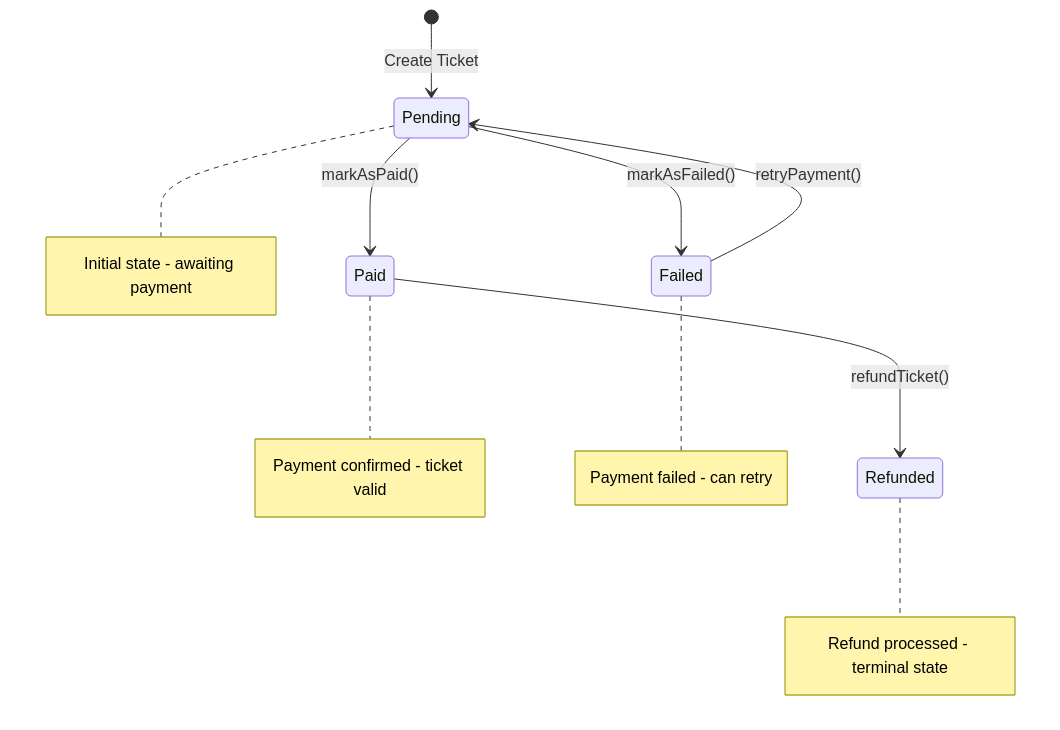
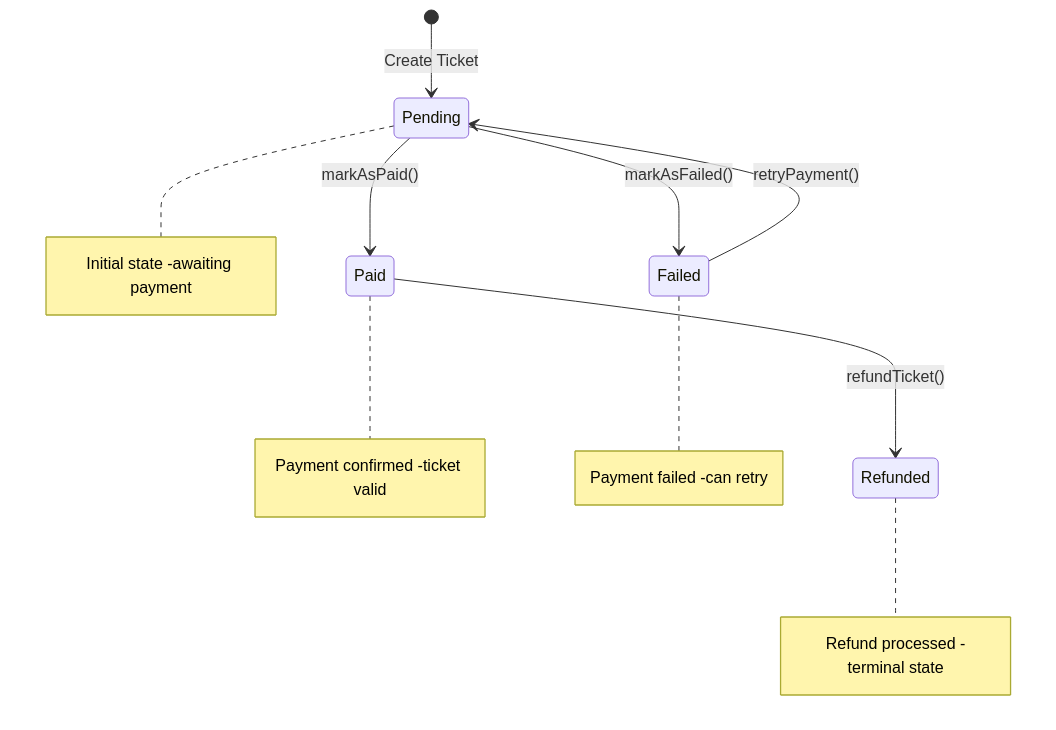
Before and after one commit to Event-Management-Ticketing-System-EMTS/Event-Management-Ticketing-System: diagram 11 of 17 in README.md, drawn with Mermaid. The commit also changed other lines of this file, not shown here.

````diff
--- a/README.md
+++ b/README.md
@@ -506,13 +523,13 @@
 ```mermaid
 stateDiagram-v2
-    [*] --> Pending: Create Ticket
-    Pending --> Paid: markAsPaid()
-    Pending --> Failed: markAsFailed()
-    Paid --> Refunded: refundTicket()
-    Failed --> Pending: retryPayment()
-    
-    note right of Pending: Initial state - awaiting payment
-    note right of Paid: Payment confirmed - ticket valid
-    note right of Failed: Payment failed - can retry
-    note right of Refunded: Refund processed - terminal state
+ [*] --> Pending: Create Ticket
+ Pending --> Paid: markAsPaid()
+ Pending --> Failed: markAsFailed()
+ Paid --> Refunded: refundTicket()
+ Failed --> Pending: retryPayment()
+ 
+ note right of Pending: Initial state -awaiting payment
+ note right of Paid: Payment confirmed -ticket valid
+ note right of Failed: Payment failed -can retry
+ note right of Refunded: Refund processed -terminal state
 ```
````
